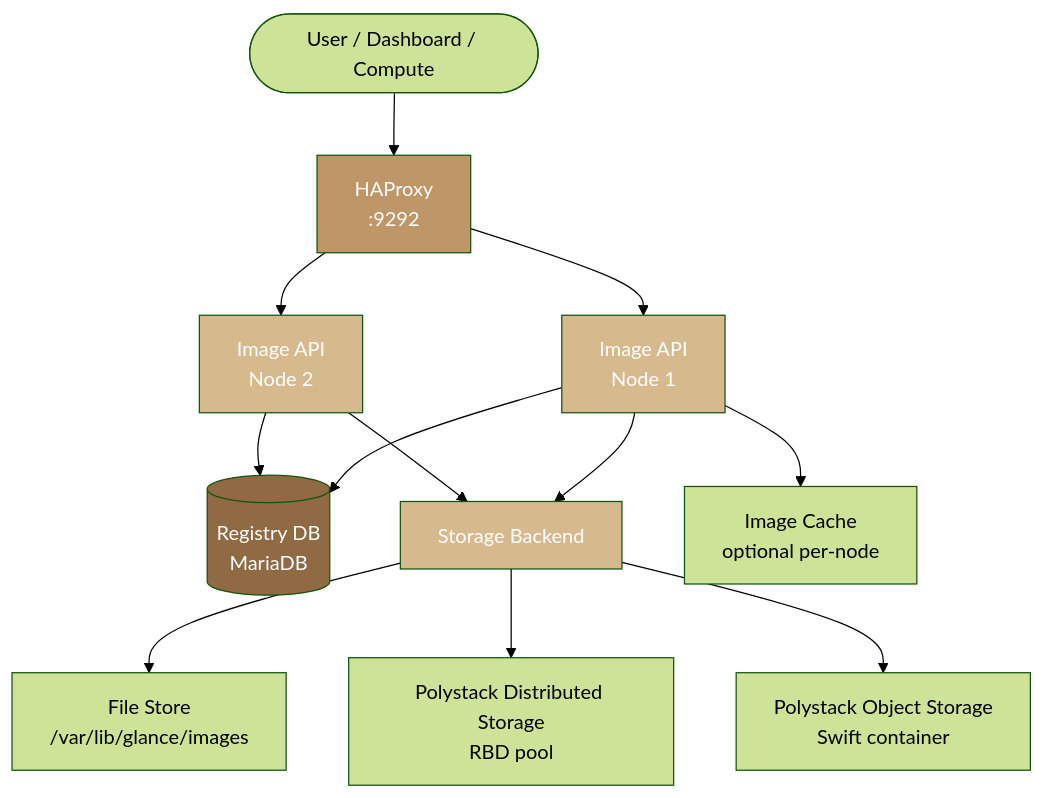
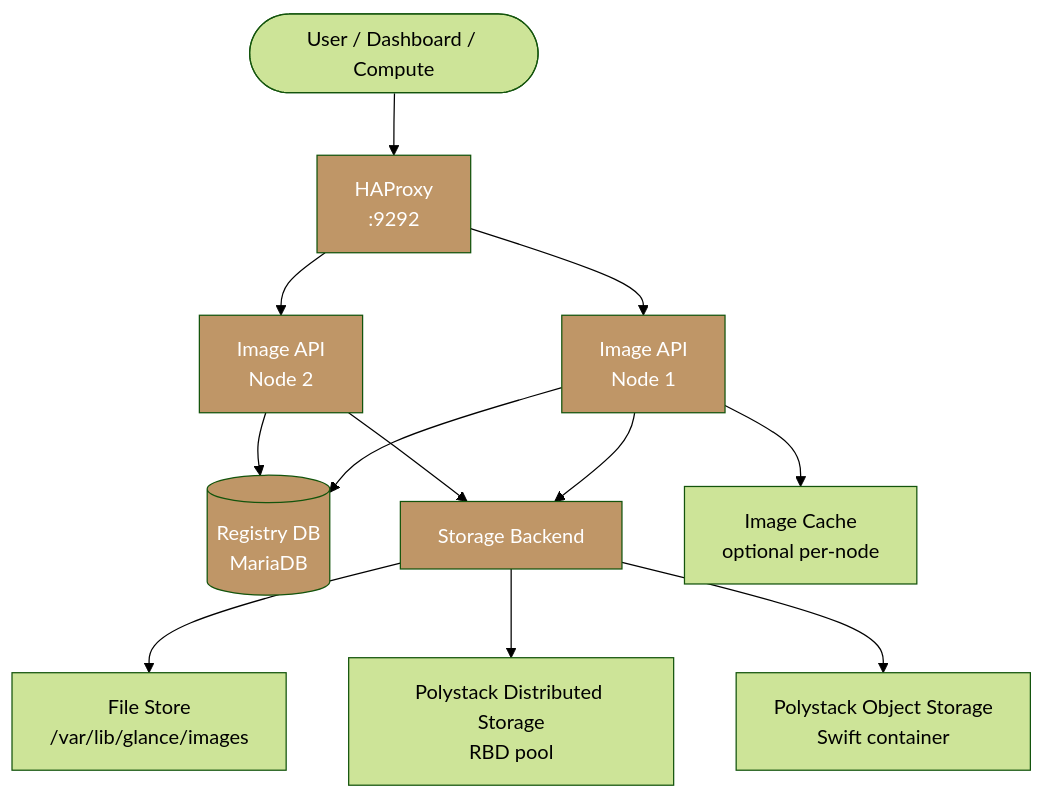
One commit to ankur-kumar87/docs-polystack changed the first of 2 diagrams in services/images/architecture.mdx. Above: the diagram before and after it, drawn with Mermaid (forest theme). The commit also changed 186 other files, not shown here.

````diff
--- a/services/images/architecture.mdx
+++ b/services/images/architecture.mdx
@@ -23,19 +23,19 @@
 ```mermaid
 graph TD
     U([User / Dashboard / Compute]) --> HAP[HAProxy<br/>:9292]
     HAP --> G1[Image API<br/>Node 1]
     HAP --> G2[Image API<br/>Node 2]
     G1 --> REG[(Registry DB<br/>MariaDB)]
     G2 --> REG
     G1 --> STORE[Storage Backend]
     G2 --> STORE
     STORE --> FILE[File Store<br/>/var/lib/glance/images]
     STORE --> RBD[Polystack Distributed Storage<br/>RBD pool]
     STORE --> SWIFT[Polystack Object Storage<br/>Swift container]
     G1 --> CACHE[Image Cache<br/>optional per-node]
     style HAP fill:#bf9667,color:#fff
-    style G1 fill:#d7b98e,color:#fff
-    style G2 fill:#d7b98e,color:#fff
-    style REG fill:#8f6a43,color:#fff
-    style STORE fill:#d7b98e,color:#fff
+    style G1 fill:#bf9667,color:#fff
+    style G2 fill:#bf9667,color:#fff
+    style REG fill:#bf9667,color:#fff
+    style STORE fill:#bf9667,color:#fff
 ```
````
